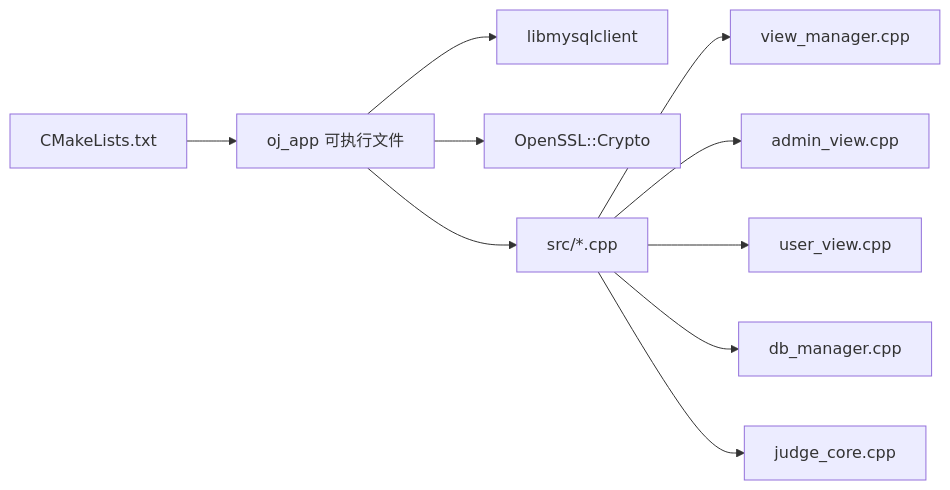
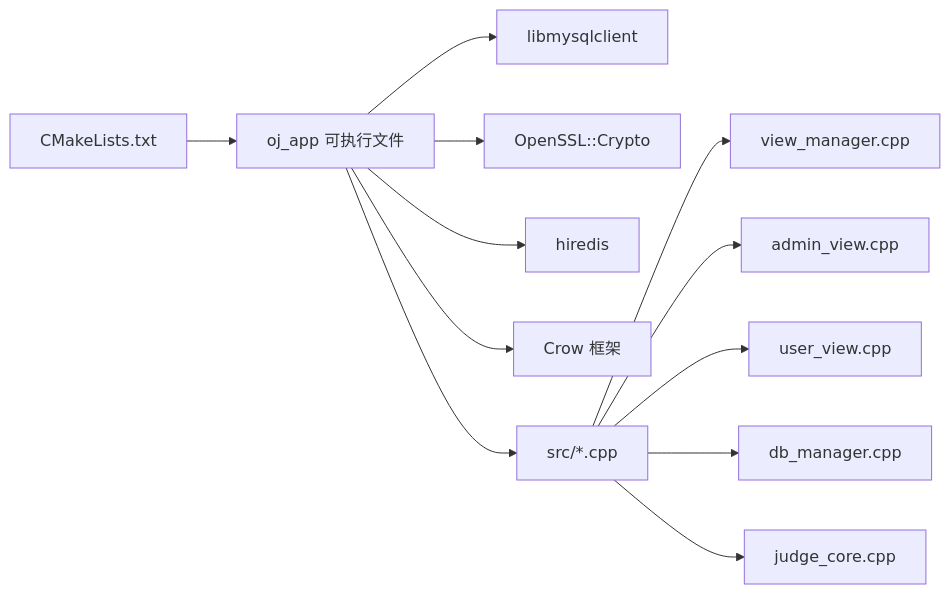
Before and after one commit to jinpeng900/OJ-Test: the sixth of 6 diagrams in .qoder/repowiki/zh/content/系统架构设计/系统架构设计.md, drawn with Mermaid. The commit also changed other lines of this file and 8 other files, not shown here.

````diff
--- a/.qoder/repowiki/zh/content/系统架构设计/系统架构设计.md
+++ b/.qoder/repowiki/zh/content/系统架构设计/系统架构设计.md
@@ -362,12 +377,14 @@
 ```mermaid
 graph LR
 CMake["CMakeLists.txt"] --> Build["oj_app 可执行文件"]
 Build --> MySQL["libmysqlclient"]
 Build --> OpenSSL["OpenSSL::Crypto"]
+Build --> Redis["hiredis"]
+Build --> Crow["Crow 框架"]
 Build --> SrcFiles["src/*.cpp"]
 SrcFiles --> VM["view_manager.cpp"]
 SrcFiles --> AV["admin_view.cpp"]
 SrcFiles --> UV["user_view.cpp"]
 SrcFiles --> DB["db_manager.cpp"]
 SrcFiles --> JC["judge_core.cpp"]
 ```
````
